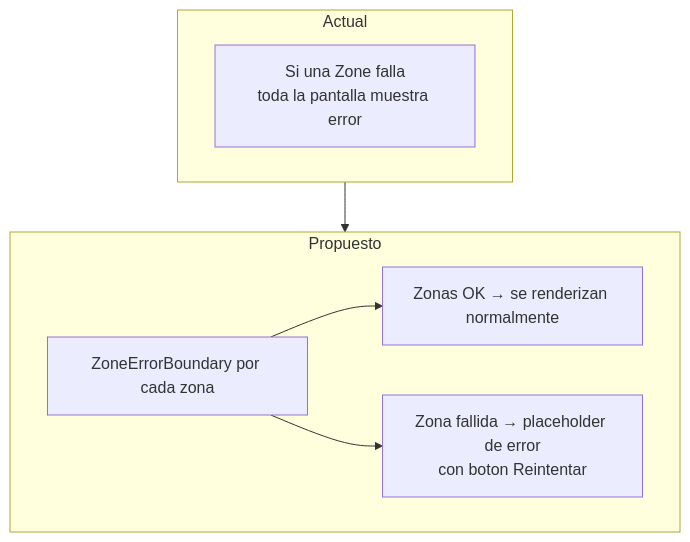
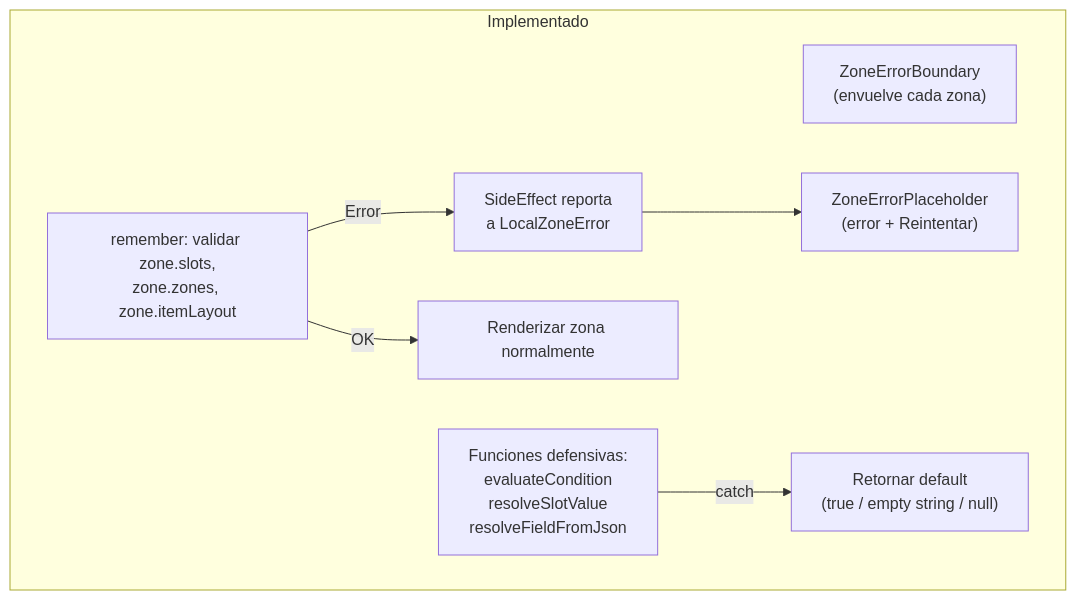
The seventh of 9 diagrams in docs/flujos-arquitectura/09-mejoras-propuestas.md (EduGoGroup/EduUi-KMP), drawn with Mermaid before and after one commit. The commit also changed other lines of this file and 9 other files, not shown here.

First line of the commit message:
docs: update architecture docs with ZoneErrorBoundary (A6 completed)

````diff
--- a/docs/flujos-arquitectura/09-mejoras-propuestas.md
+++ b/docs/flujos-arquitectura/09-mejoras-propuestas.md
@@ -309,14 +321,12 @@
 ```mermaid
 flowchart TD
-    subgraph Actual ["Actual"]
-        AE["Si una Zone falla\ntoda la pantalla muestra error"]
+    subgraph Implementado ["Implementado"]
+        ZEB["ZoneErrorBoundary\n(envuelve cada zona)"]
+        VAL["remember: validar zone.slots,\nzone.zones, zone.itemLayout"]
+        VAL -- "Error" --> SE["SideEffect reporta\na LocalZoneError"]
+        SE --> PH["ZoneErrorPlaceholder\n(error + Reintentar)"]
+        VAL -- "OK" --> RENDER["Renderizar zona normalmente"]
+        SAFE["Funciones defensivas:\nevaluateCondition\nresolveSlotValue\nresolveFieldFromJson"]
+        SAFE -- "catch" --> FALLBACK["Retornar default\n(true / empty string / null)"]
     end
-    subgraph Propuesto ["Propuesto"]
-        ZEB["ZoneErrorBoundary por cada zona"]
-        OK["Zonas OK → se renderizan normalmente"]
-        FAIL["Zona fallida → placeholder de error\ncon boton Reintentar"]
-    end
-    Actual --> Propuesto
-    ZEB --> OK
-    ZEB --> FAIL
 ```
````
